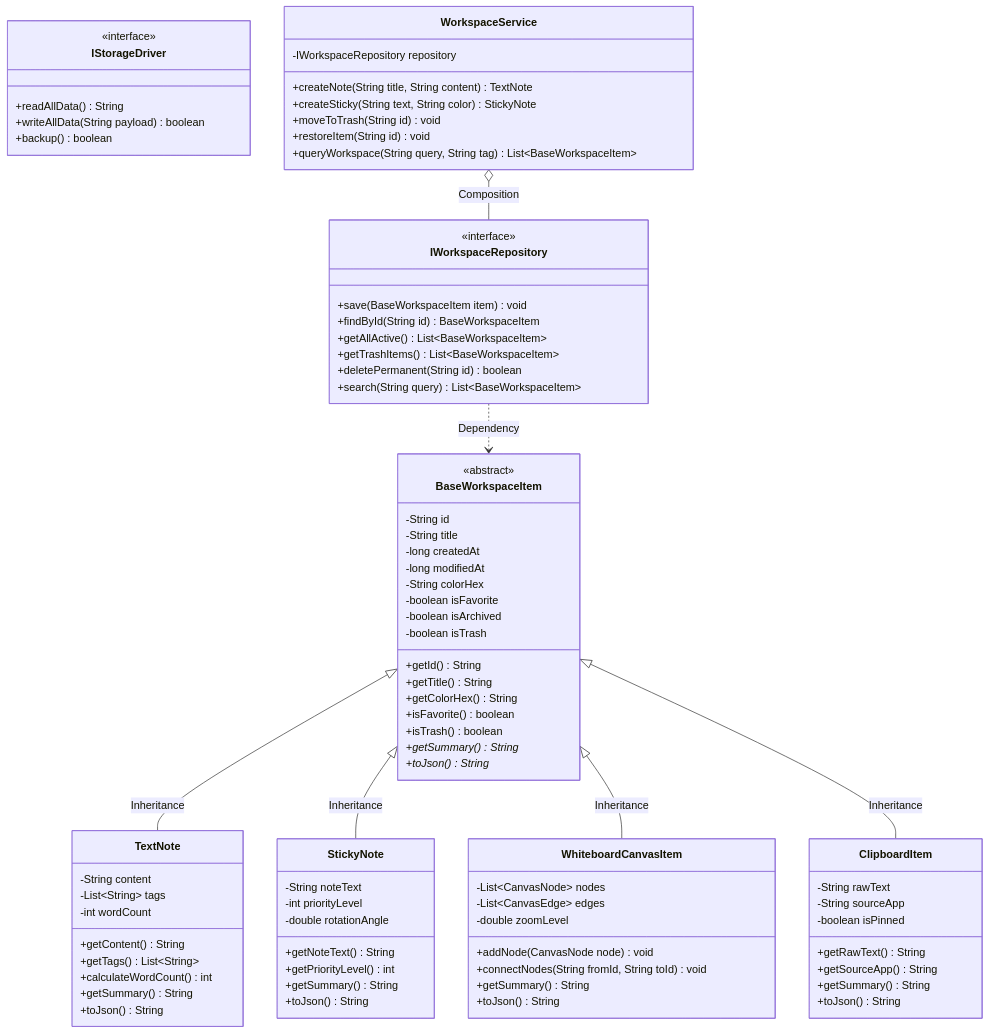
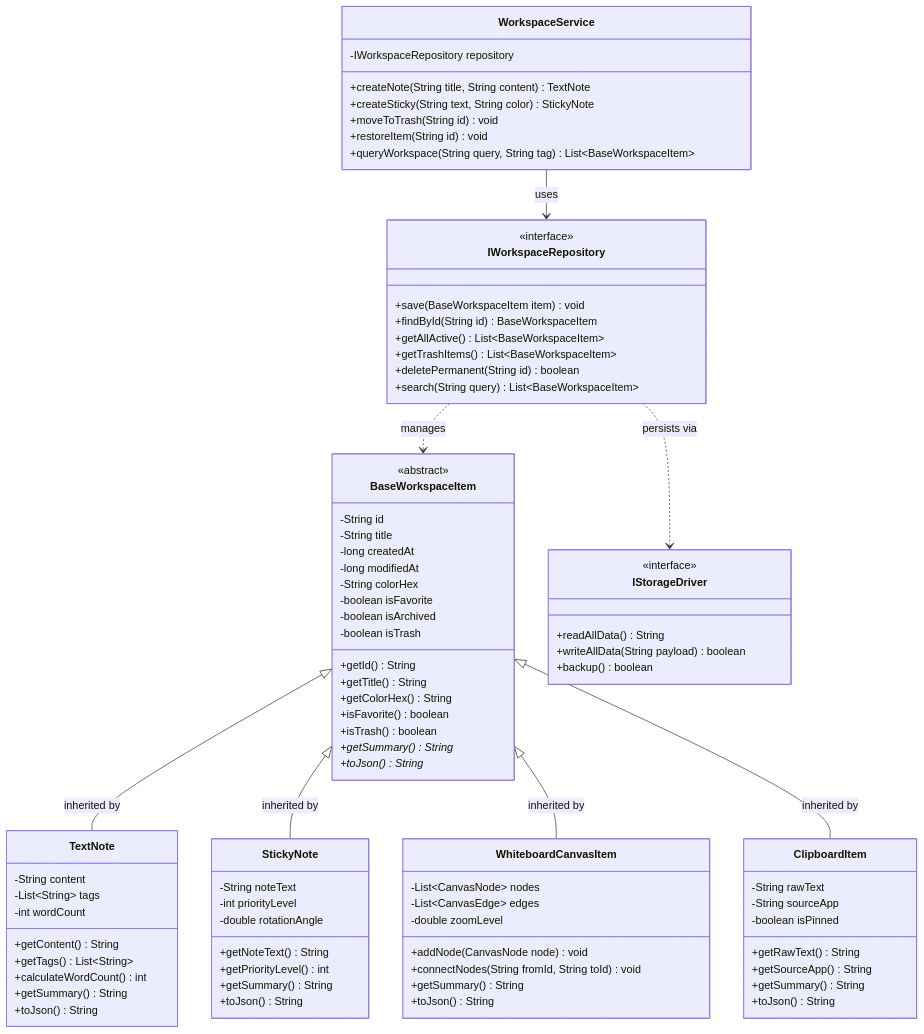
The second of 4 diagrams in lib/ui/java_micro_project_presentation.md (vishnuvmx/notes), drawn with Mermaid before and after one commit. The commit also changed other lines of this file and 6 other files, not shown here.

````diff
--- a/lib/ui/java_micro_project_presentation.md
+++ b/lib/ui/java_micro_project_presentation.md
@@ -136,7 +140,7 @@
 ```mermaid
 classDiagram
+    direction TB
     class BaseWorkspaceItem {
-        <<abstract>>
         -String id
         -String title
         -long createdAt
@@ -196,7 +200,6 @@
     }
 
     class IWorkspaceRepository {
-        <<interface>>
         +save(BaseWorkspaceItem item) void
         +findById(String id) BaseWorkspaceItem
         +getAllActive() List~BaseWorkspaceItem~
@@ -206,7 +209,6 @@
     }
 
     class IStorageDriver {
-        <<interface>>
         +readAllData() String
         +writeAllData(String payload) boolean
         +backup() boolean
@@ -221,10 +223,15 @@
         +queryWorkspace(String query, String tag) List~BaseWorkspaceItem~
     }
 
-    BaseWorkspaceItem <|-- TextNote : Inheritance
-    BaseWorkspaceItem <|-- StickyNote : Inheritance
-    BaseWorkspaceItem <|-- WhiteboardCanvasItem : Inheritance
-    BaseWorkspaceItem <|-- ClipboardItem : Inheritance
-    WorkspaceService o-- IWorkspaceRepository : Composition
-    IWorkspaceRepository ..> BaseWorkspaceItem : Dependency
+    <<abstract>> BaseWorkspaceItem
+    <<interface>> IWorkspaceRepository
+    <<interface>> IStorageDriver
+
+    BaseWorkspaceItem <|-- TextNote : inherited by
+    BaseWorkspaceItem <|-- StickyNote : inherited by
+    BaseWorkspaceItem <|-- WhiteboardCanvasItem : inherited by
+    BaseWorkspaceItem <|-- ClipboardItem : inherited by
+    WorkspaceService --> IWorkspaceRepository : uses
+    IWorkspaceRepository ..> BaseWorkspaceItem : manages
+    IWorkspaceRepository ..> IStorageDriver : persists via
 ```
````
